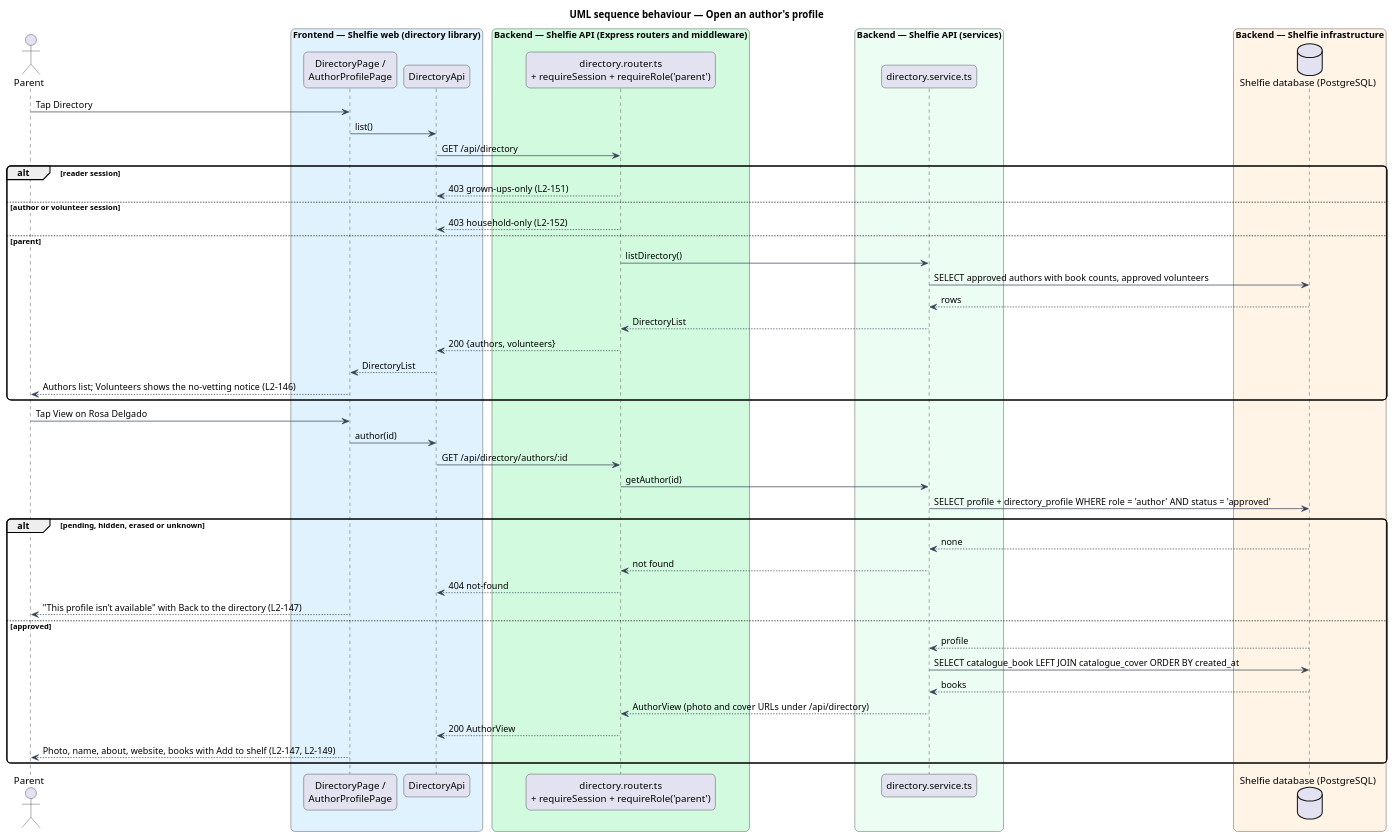
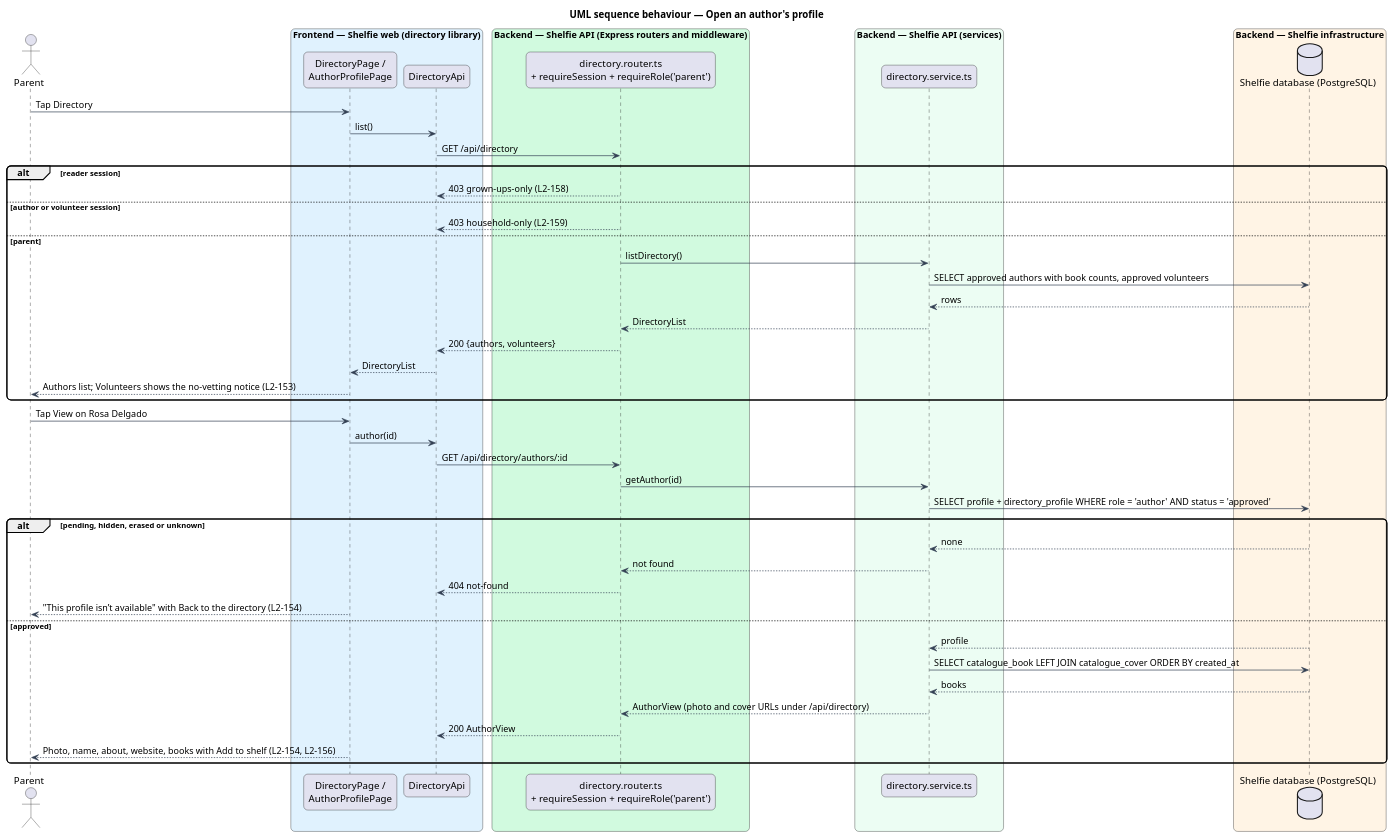
Before and after one commit to QuinntyneBrown/shelfie: the diagram in docs/detailed-designs/directory/browse-directory/diagrams/sequence-open-author.puml, drawn with PlantUML. The commit also changed 125 other files, not shown here.

```diff
--- a/docs/detailed-designs/directory/browse-directory/diagrams/sequence-open-author.puml
+++ b/docs/detailed-designs/directory/browse-directory/diagrams/sequence-open-author.puml
@@ -1,57 +1,57 @@
 @startuml
 title UML sequence behaviour — Open an author's profile
 skinparam backgroundColor #FFFFFF
 skinparam shadowing false
 skinparam roundcorner 12
 skinparam defaultFontName Arial
 skinparam ArrowColor #344054
 actor "Parent" as parent
 box "Frontend — Shelfie web (directory library)" #E0F2FE
   participant "DirectoryPage /\nAuthorProfilePage" as page
   participant "DirectoryApi" as client
 end box
 box "Backend — Shelfie API (Express routers and middleware)" #D1FADF
   participant "directory.router.ts\n+ requireSession + requireRole('parent')" as router
 end box
 box "Backend — Shelfie API (services)" #ECFDF3
   participant "directory.service.ts" as service
 end box
 box "Backend — Shelfie infrastructure" #FFF4E5
   database "Shelfie database (PostgreSQL)" as db
 end box
 
 parent -> page : Tap Directory
 page -> client : list()
 client -> router : GET /api/directory
 alt reader session
-  router --> client : 403 grown-ups-only (L2-151)
+  router --> client : 403 grown-ups-only (L2-158)
 else author or volunteer session
-  router --> client : 403 household-only (L2-152)
+  router --> client : 403 household-only (L2-159)
 else parent
   router -> service : listDirectory()
   service -> db : SELECT approved authors with book counts, approved volunteers
   db --> service : rows
   service --> router : DirectoryList
   router --> client : 200 {authors, volunteers}
   client --> page : DirectoryList
-  page --> parent : Authors list; Volunteers shows the no-vetting notice (L2-146)
+  page --> parent : Authors list; Volunteers shows the no-vetting notice (L2-153)
 end
 parent -> page : Tap View on Rosa Delgado
 page -> client : author(id)
 client -> router : GET /api/directory/authors/:id
 router -> service : getAuthor(id)
 service -> db : SELECT profile + directory_profile WHERE role = 'author' AND status = 'approved'
 alt pending, hidden, erased or unknown
   db --> service : none
   service --> router : not found
   router --> client : 404 not-found
-  page --> parent : "This profile isn’t available" with Back to the directory (L2-147)
+  page --> parent : "This profile isn’t available" with Back to the directory (L2-154)
 else approved
   db --> service : profile
   service -> db : SELECT catalogue_book LEFT JOIN catalogue_cover ORDER BY created_at
   db --> service : books
   service --> router : AuthorView (photo and cover URLs under /api/directory)
   router --> client : 200 AuthorView
-  page --> parent : Photo, name, about, website, books with Add to shelf (L2-147, L2-149)
+  page --> parent : Photo, name, about, website, books with Add to shelf (L2-154, L2-156)
 end
 @enduml
```
